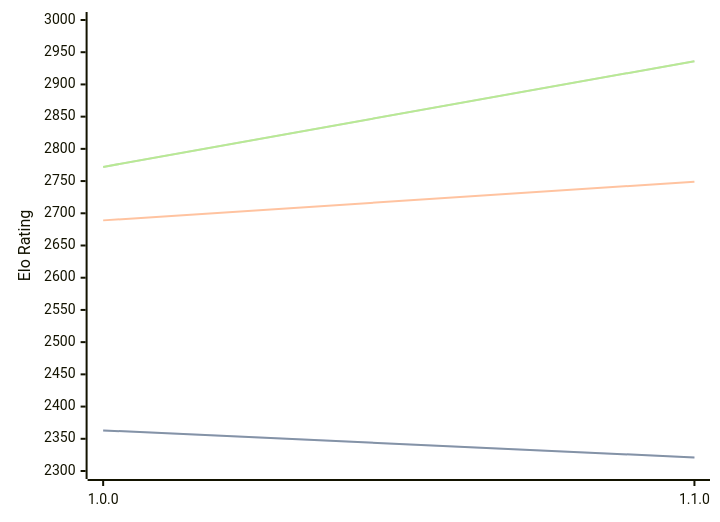
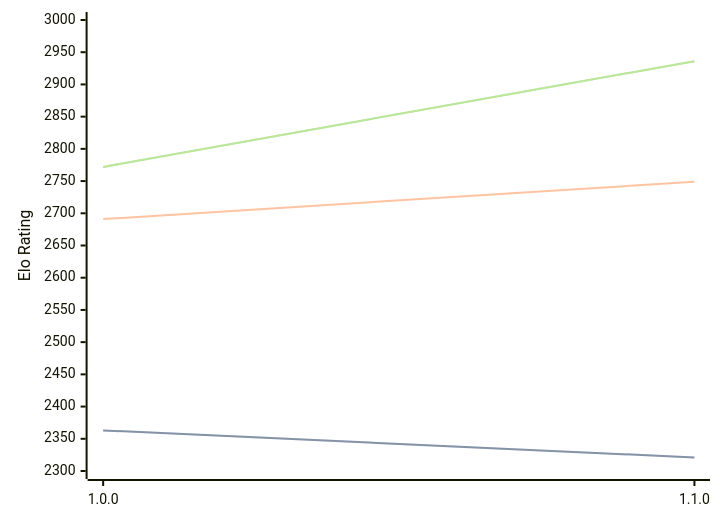
The diagram in engines/ShallowGuess.md (computer-chess-index/cci), drawn with Mermaid before and after one commit. The commit also changed other lines of this file, not shown here.

````diff
--- a/engines/ShallowGuess.md
+++ b/engines/ShallowGuess.md
@@ -36,11 +36,11 @@
 ```mermaid
 %%{init: {"theme":"base","themeVariables":{"seriesColors:['#a3a3a3','#222221','#faa371']}}}%%
 xychart-beta
   x-axis ["1.0.0", "1.1.0"]
   y-axis "Elo Rating" 2300 --> 3000
   line "STC (8.0+0.08s)" [2363, 2321]
   line "STC (8.0+0.08s)" [2363, 2321]
-  line "LTC (60.0+0.60s)" [2689, 2749]
+  line "LTC (60.0+0.60s)" [2691, 2749]
   line "VLTC (2m24s+1.12s)" [2772, 2936]
   line "VLTC (2m24s+1.12s)" [2772, 2936]
 ```
````
